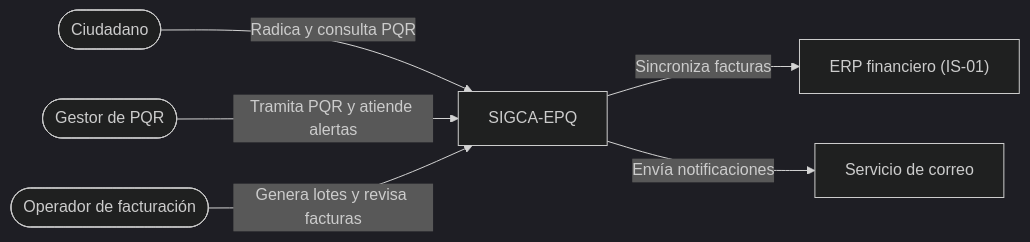
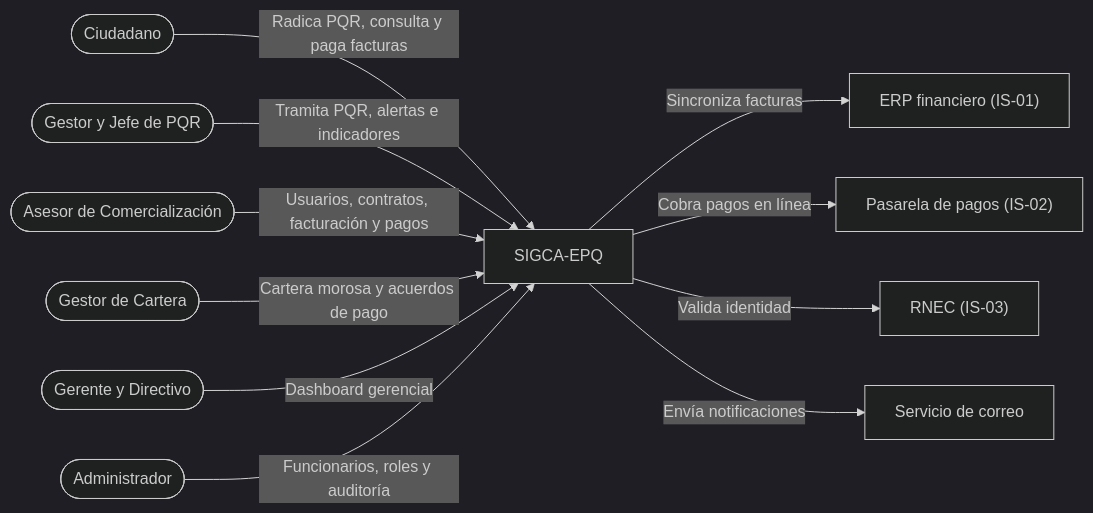
Before and after one commit to AgriDulce7u7/Proyecto_Ingenieria_Software_2: the first of 2 diagrams in README.md, drawn with Mermaid (dark theme). The commit also changed other lines of this file and 373 other files, not shown here.

````diff
--- a/README.md
+++ b/README.md
@@ -77,15 +95,25 @@
 ```mermaid
 flowchart LR
     ciudadano(["Ciudadano"])
-    gestor(["Gestor de PQR"])
-    operador(["Operador de facturación"])
+    gestor(["Gestor y Jefe de PQR"])
+    asesor(["Asesor de Comercialización"])
+    cartera(["Gestor de Cartera"])
+    gerencia(["Gerente y Directivo"])
+    admin(["Administrador"])
     sigca["SIGCA-EPQ"]
     erp["ERP financiero (IS-01)"]
+    pasarela["Pasarela de pagos (IS-02)"]
+    rnec["RNEC (IS-03)"]
     correo["Servicio de correo"]
 
-    ciudadano -- "Radica y consulta PQR" --> sigca
-    gestor -- "Tramita PQR y atiende alertas" --> sigca
-    operador -- "Genera lotes y revisa facturas" --> sigca
+    ciudadano -- "Radica PQR, consulta y paga facturas" --> sigca
+    gestor -- "Tramita PQR, alertas e indicadores" --> sigca
+    asesor -- "Usuarios, contratos, facturación y pagos" --> sigca
+    cartera -- "Cartera morosa y acuerdos de pago" --> sigca
+    gerencia -- "Dashboard gerencial" --> sigca
+    admin -- "Funcionarios, roles y auditoría" --> sigca
     sigca -- "Sincroniza facturas" --> erp
+    sigca -- "Cobra pagos en línea" --> pasarela
+    sigca -- "Valida identidad" --> rnec
     sigca -- "Envía notificaciones" --> correo
 ```
````
